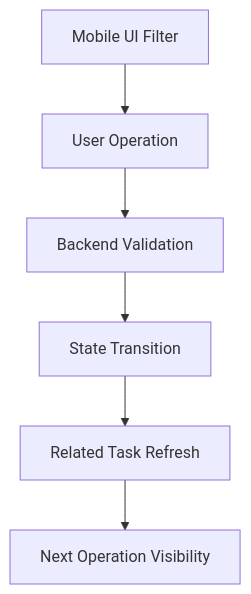
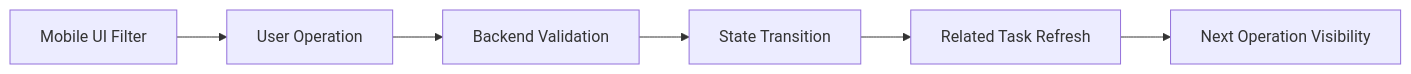
One commit to wxy20021116/tech-blog changed the diagram in src/content/posts/2026-05-28-multi-stage-task-validation.md. Above: the diagram before and after it, drawn with Mermaid. The commit also changed 2 other files, not shown here.

Commit message:
Compact Mermaid flow diagrams

````diff
--- a/src/content/posts/2026-05-28-multi-stage-task-validation.md
+++ b/src/content/posts/2026-05-28-multi-stage-task-validation.md
@@ -49,8 +49,8 @@
 ```mermaid
-flowchart TD
+flowchart LR
     A["Mobile UI Filter"] --> B["User Operation"]
     B --> C["Backend Validation"]
     C --> D["State Transition"]
     D --> E["Related Task Refresh"]
     E --> F["Next Operation Visibility"]
 ```
````
